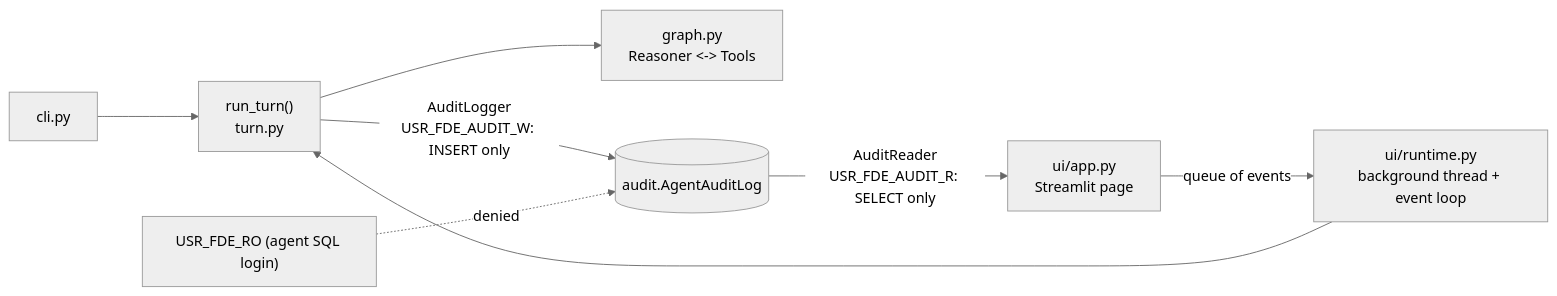
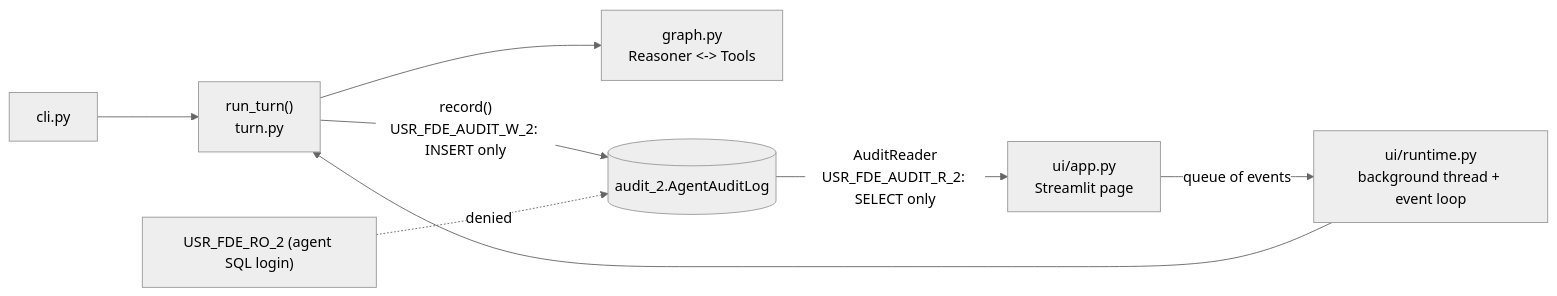
Before and after one commit to ibraheem15/supply-chain-data-assistant: the seventh of 7 diagrams in docs/domain-model.md, drawn with Mermaid (neutral theme). The commit also changed other lines of this file and 22 other files, not shown here.

First line of the commit message:
Phase 5 (complete): Add audit reader, UI-ready turn events and Streamlit UI

````diff
--- a/docs/domain-model.md
+++ b/docs/domain-model.md
@@ -200,10 +203,10 @@
 ```mermaid
 flowchart LR
     CLI["cli.py"] --> Turn["run_turn()\nturn.py"]
     UI["ui/app.py\nStreamlit page"] -->|"queue of events"| RT["ui/runtime.py\nbackground thread + event loop"]
     RT --> Turn
     Turn --> Graph["graph.py\nReasoner <-> Tools"]
-    Turn -->|"AuditLogger\nUSR_FDE_AUDIT_W: INSERT only"| Log[("audit.AgentAuditLog")]
-    Log -->|"AuditReader\nUSR_FDE_AUDIT_R: SELECT only"| UI
-    Agent["USR_FDE_RO (agent SQL login)"] -. "denied" .-> Log
+    Turn -->|"record()\nUSR_FDE_AUDIT_W_2: INSERT only"| Log[("audit_2.AgentAuditLog")]
+    Log -->|"AuditReader\nUSR_FDE_AUDIT_R_2: SELECT only"| UI
+    Agent["USR_FDE_RO_2 (agent SQL login)"] -. "denied" .-> Log
 ```
````
